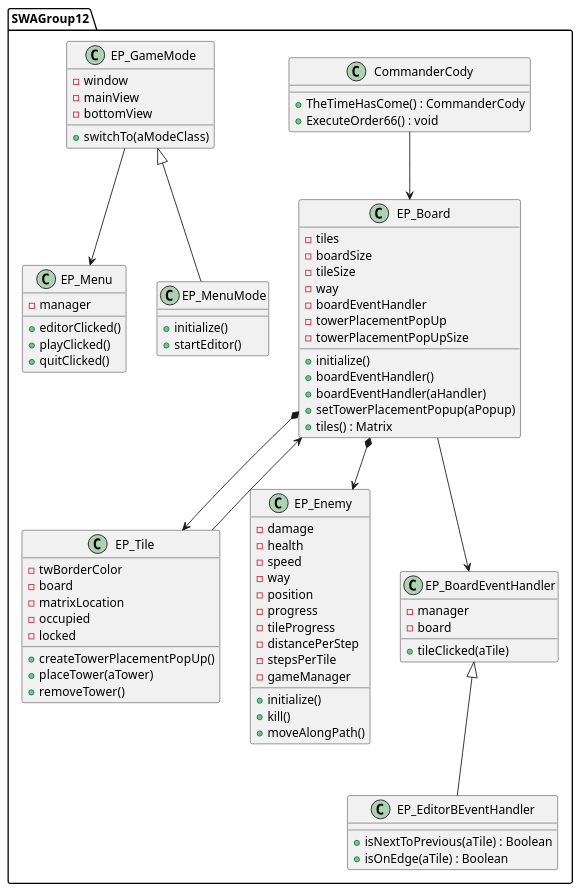
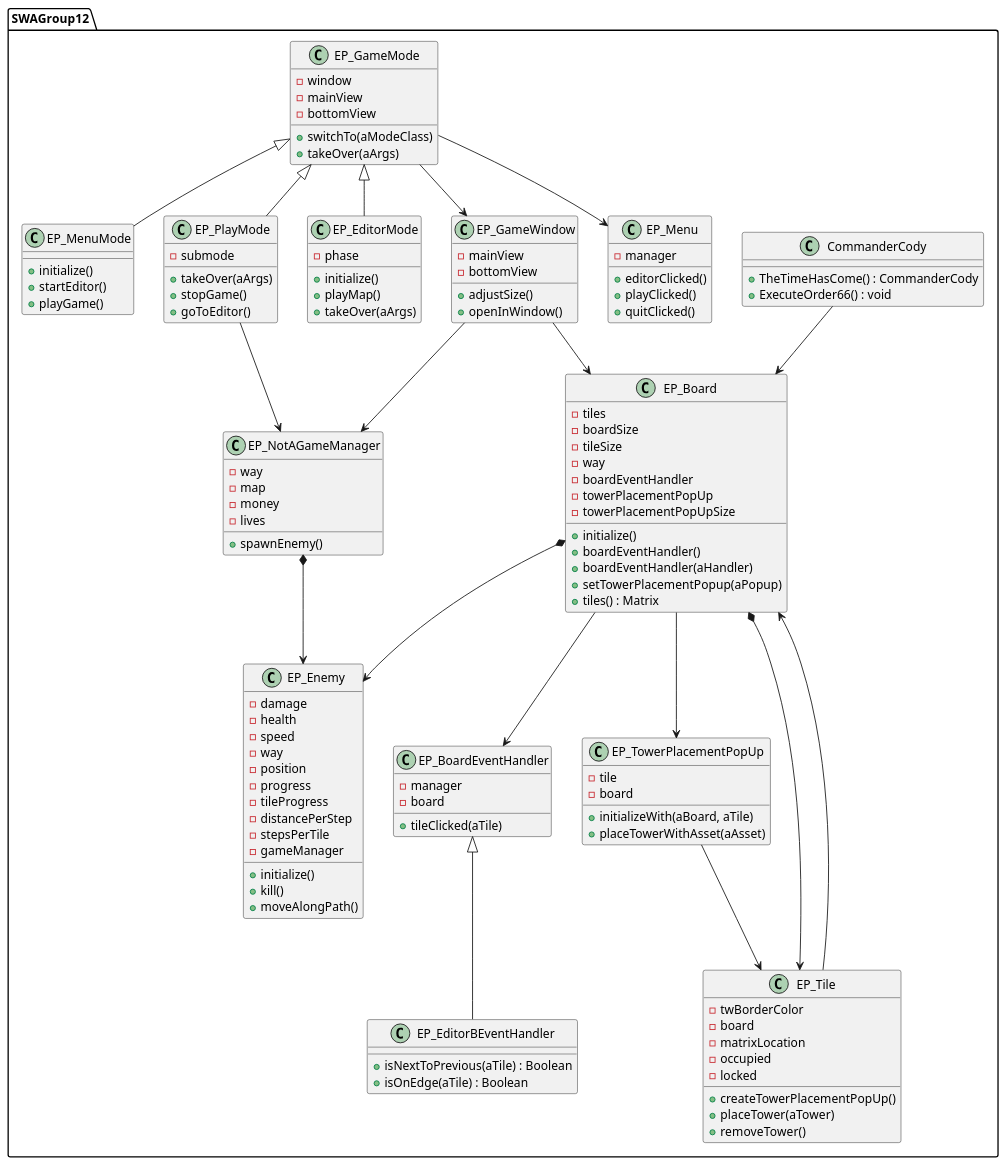
Before and after one commit to tobiashornbogen/swa_misc: the diagram in diagram.puml, drawn with PlantUML.

Commit message:
complete diagram first draft

```diff
--- a/diagram.puml
+++ b/diagram.puml
@@ -1,93 +1,140 @@
 @startuml
 
 package SWAGroup12 {
 
     class CommanderCody {
         +TheTimeHasCome() : CommanderCody
         +ExecuteOrder66() : void
     }
 
     class EP_Board {
         -tiles
         -boardSize
         -tileSize
         -way
         -boardEventHandler
         -towerPlacementPopUp
         -towerPlacementPopUpSize
         +initialize()
         +boardEventHandler()
         +boardEventHandler(aHandler)
         +setTowerPlacementPopup(aPopup)
         +tiles() : Matrix
     }
 
     class EP_Tile {
         -twBorderColor
         -board
         -matrixLocation
         -occupied
         -locked
         +createTowerPlacementPopUp()
         +placeTower(aTower)
         +removeTower()
     }
 
     class EP_Enemy {
         -damage
         -health
         -speed
         -way
         -position
         -progress
         -tileProgress
         -distancePerStep
         -stepsPerTile
         -gameManager
         +initialize()
         +kill()
         +moveAlongPath()
     }
 
     class EP_BoardEventHandler {
         -manager
         -board
         +tileClicked(aTile)
     }
 
     class EP_EditorBEventHandler {
         +isNextToPrevious(aTile) : Boolean
         +isOnEdge(aTile) : Boolean
     }
 
+    class EP_TowerPlacementPopUp {
+        -tile
+        -board
+        +initializeWith(aBoard, aTile)
+        +placeTowerWithAsset(aAsset)
+    }
+
     class EP_GameMode {
         -window
         -mainView
         -bottomView
         +switchTo(aModeClass)
+        +takeOver(aArgs)
     }
 
     class EP_Menu {
         -manager
         +editorClicked()
         +playClicked()
         +quitClicked()
     }
 
     class EP_MenuMode {
         +initialize()
         +startEditor()
+        +playGame()
+    }
+
+    class EP_PlayMode {
+        -submode
+        +takeOver(aArgs)
+        +stopGame()
+        +goToEditor()
+    }
+
+    class EP_EditorMode {
+        -phase
+        +initialize()
+        +playMap()
+        +takeOver(aArgs)
+    }
+
+    class EP_GameWindow {
+        -mainView
+        -bottomView
+        +adjustSize()
+        +openInWindow()
+    }
+
+    class EP_NotAGameManager {
+        -way
+        -map
+        -money
+        -lives
+        +spawnEnemy()
     }
 
     CommanderCody --> EP_Board
     EP_Board *--> EP_Tile
     EP_Board --> EP_BoardEventHandler
     EP_BoardEventHandler <|-- EP_EditorBEventHandler
+    EP_Board *--> EP_Enemy
+    EP_Board --> EP_TowerPlacementPopUp
     EP_GameMode <|-- EP_MenuMode
+    EP_GameMode <|-- EP_EditorMode
+    EP_GameMode <|-- EP_PlayMode
     EP_GameMode --> EP_Menu
-    EP_Board *--> EP_Enemy
+    EP_GameMode --> EP_GameWindow
+    EP_GameWindow --> EP_Board
+    EP_GameWindow --> EP_NotAGameManager
+    EP_PlayMode --> EP_NotAGameManager
+    EP_NotAGameManager *--> EP_Enemy
+    EP_TowerPlacementPopUp --> EP_Tile
     EP_Tile --> EP_Board
 
 }
 
 @enduml
```
